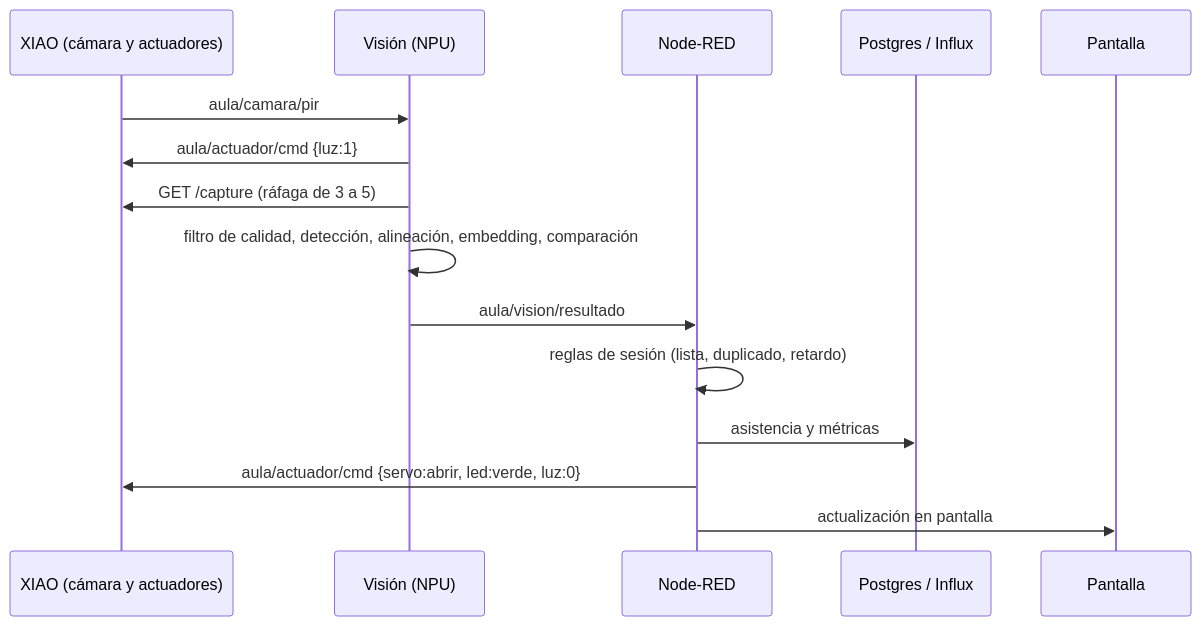
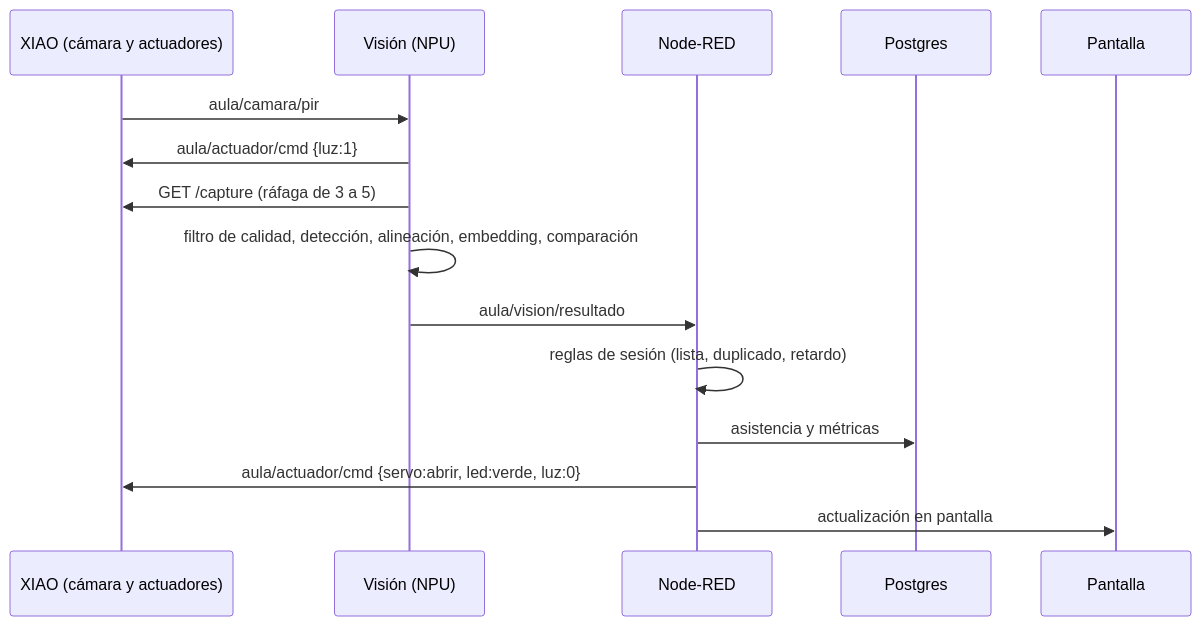
Before and after one commit to GustavoVaAsc/AutoList: the second of 3 diagrams in docs/HIGH-LEVEL-PLAN.md, drawn with Mermaid. The commit also changed other lines of this file and 1 other file, not shown here.

````diff
--- a/docs/HIGH-LEVEL-PLAN.md
+++ b/docs/HIGH-LEVEL-PLAN.md
@@ -108,18 +103,18 @@
 ```mermaid
 sequenceDiagram
   participant X as XIAO (cámara y actuadores)
   participant V as Visión (NPU)
   participant N as Node-RED
-  participant D as Postgres / Influx
+  participant D as Postgres
   participant L as Pantalla
 
   X->>V: aula/camara/pir
   V->>X: aula/actuador/cmd {luz:1}
   V->>X: GET /capture (ráfaga de 3 a 5)
   V->>V: filtro de calidad, detección, alineación, embedding, comparación
   V->>N: aula/vision/resultado
   N->>N: reglas de sesión (lista, duplicado, retardo)
   N->>D: asistencia y métricas
   N->>X: aula/actuador/cmd {servo:abrir, led:verde, luz:0}
   N->>L: actualización en pantalla
 ```
````
